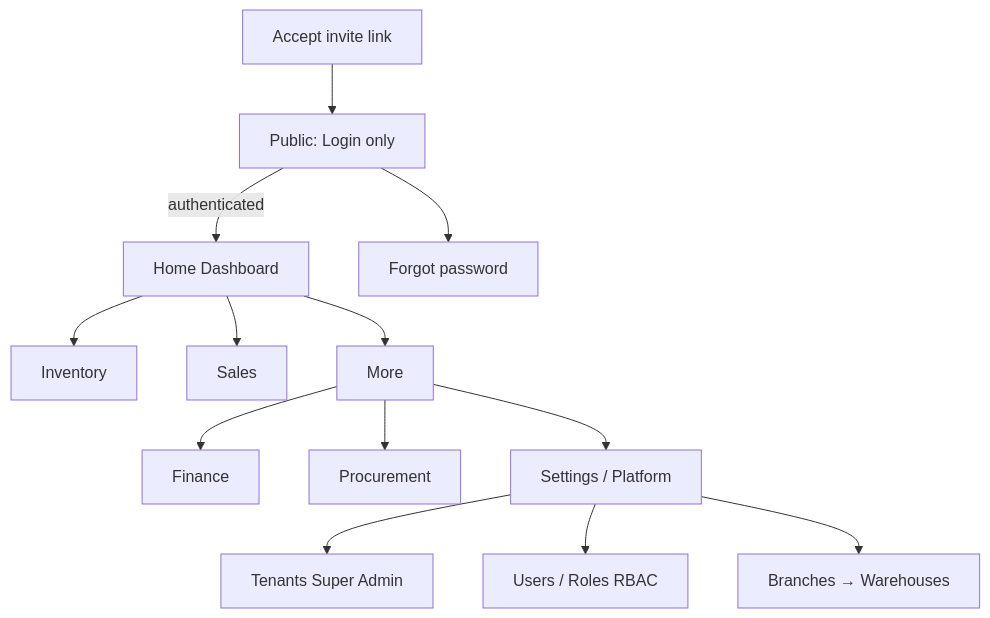
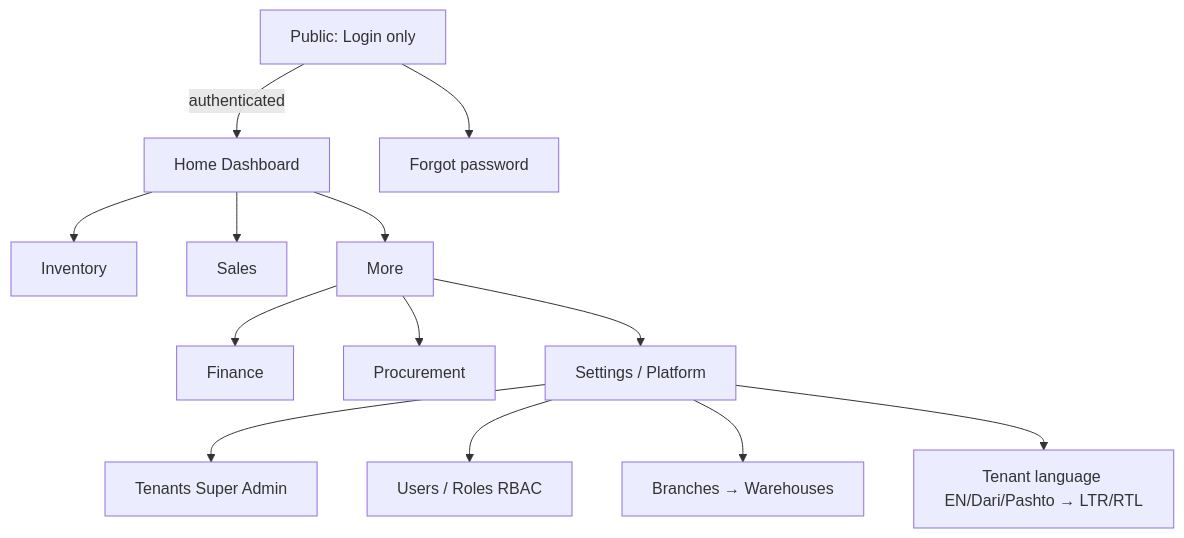
One commit to niaazaai/boms changed the first of 13 diagrams in specs/flows/application-flows.md. Above: the diagram before and after it, drawn with Mermaid. The commit also changed other lines of this file and 25 other files, not shown here.

````diff
--- a/specs/flows/application-flows.md
+++ b/specs/flows/application-flows.md
@@ -9,15 +9,15 @@
 ```mermaid
 flowchart TB
   LOGIN[Public: Login only] -->|authenticated| HOME[Home Dashboard]
   LOGIN --> FORGOT[Forgot password]
-  INVITE[Accept invite link] --> LOGIN
   HOME --> INV[Inventory]
   HOME --> SAL[Sales]
   HOME --> MORE[More]
   MORE --> FIN[Finance]
   MORE --> PRC[Procurement]
   MORE --> SET[Settings / Platform]
   SET --> TEN[Tenants Super Admin]
   SET --> USERS[Users / Roles RBAC]
   SET --> BR[Branches → Warehouses]
+  SET --> LANG[Tenant language EN/Dari/Pashto → LTR/RTL]
 ```
````
